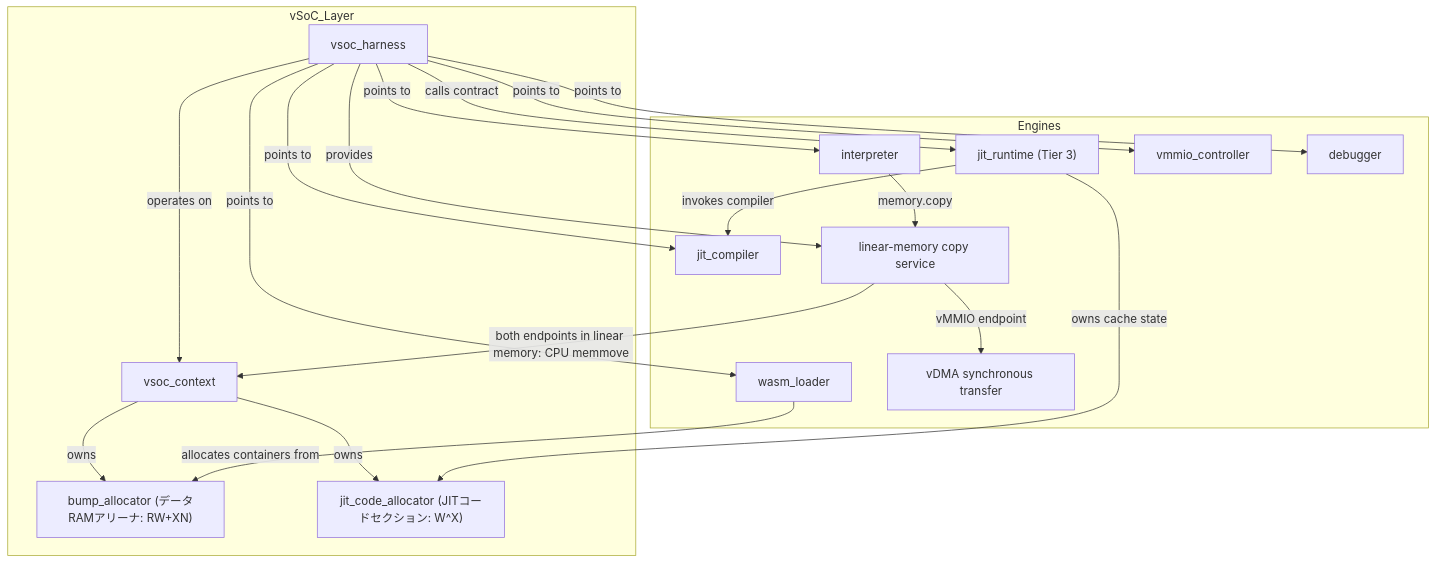
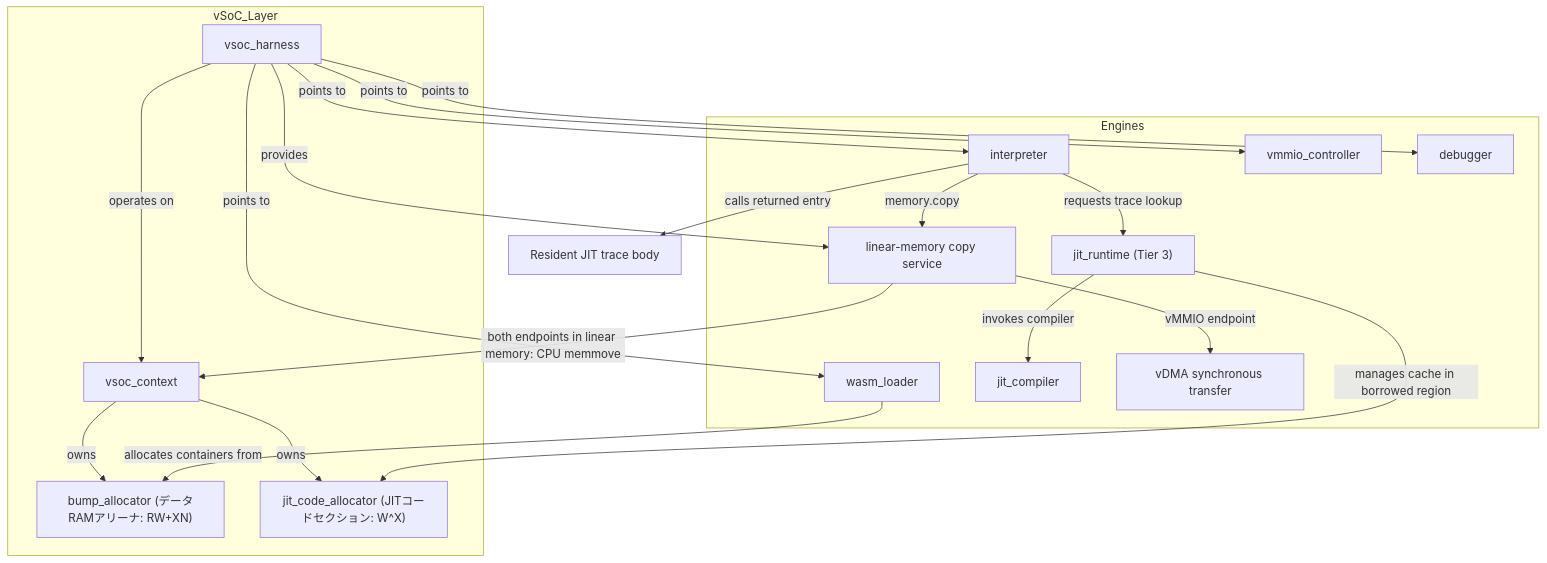
Before and after one commit to kmt-t/fireball: the first of 7 diagrams in docs/components/tier2_runtime/runtime_vsoc.md, drawn with Mermaid. The commit also changed other lines of this file and 74 other files, not shown here.

````diff
--- a/docs/components/tier2_runtime/runtime_vsoc.md
+++ b/docs/components/tier2_runtime/runtime_vsoc.md
@@ -38,37 +38,37 @@
 ```mermaid
 graph TD
     subgraph vSoC_Layer
         Harness["vsoc_harness"]
         Context["vsoc_context"]
         Alloc["bump_allocator (データRAMアリーナ: RW+XN)"]
         JitAlloc["jit_code_allocator (JITコードセクション: W^X)"]
     end
 
     subgraph Engines
         Loader["wasm_loader"]
         Interp["interpreter"]
         JIT["jit_compiler"]
         JITRuntime["jit_runtime (Tier 3)"]
         BulkCopy["linear-memory copy service"]
         VDMA["vDMA synchronous transfer"]
         vMMIO["vmmio_controller"]
         Debug["debugger"]
     end
 
     Harness -- points to --> Loader
     Harness -- points to --> Interp
-    Harness -- points to --> JIT
-    Harness -- calls contract --> JITRuntime
     Harness -- points to --> vMMIO
     Harness -- points to --> Debug
     Harness -- operates on --> Context
     Harness -- provides --> BulkCopy
+    Interp -- requests trace lookup --> JITRuntime
+    Interp -- calls returned entry --> TraceBody[Resident JIT trace body]
     Interp -- memory.copy --> BulkCopy
     BulkCopy -- vMMIO endpoint --> VDMA
     BulkCopy -- both endpoints in linear memory: CPU memmove --> Context
     Context -- owns --> Alloc
     Context -- owns --> JitAlloc
     Loader -- allocates containers from --> Alloc
-    JITRuntime -- owns cache state --> JitAlloc
+    JITRuntime -- manages cache in borrowed region --> JitAlloc
     JITRuntime -- invokes compiler --> JIT
 ```
````
